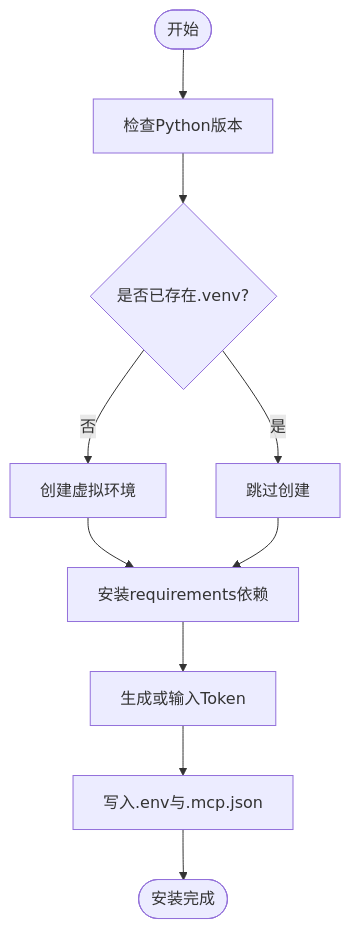
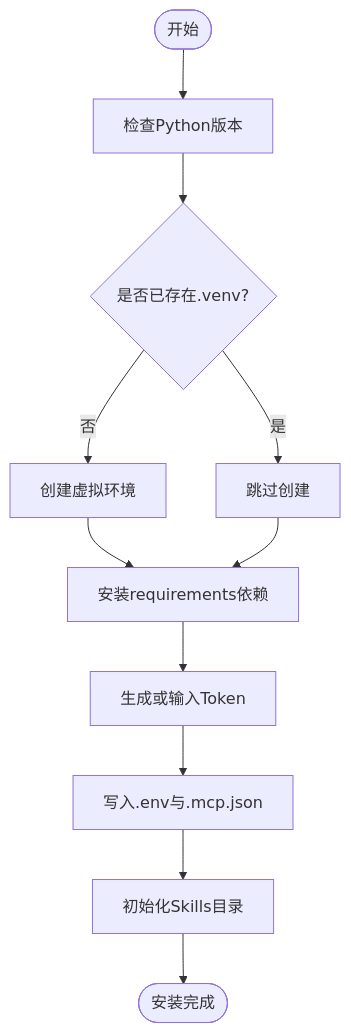
One commit to rookie-wind/web_ai changed the third of 10 diagrams in .qoder/repowiki/zh/content/开发指南/开发指南.md. Above: the diagram before and after it, drawn with Mermaid. The commit also changed other lines of this file and 117 other files, not shown here.

````diff
--- a/.qoder/repowiki/zh/content/开发指南/开发指南.md
+++ b/.qoder/repowiki/zh/content/开发指南/开发指南.md
@@ -115,12 +139,13 @@
 ```mermaid
 flowchart TD
 Start(["开始"]) --> CheckPython["检查Python版本"]
 CheckPython --> CreateVenv{"是否已存在.venv?"}
 CreateVenv --> |否| MakeVenv["创建虚拟环境"]
 CreateVenv --> |是| SkipVenv["跳过创建"]
 MakeVenv --> InstallDeps["安装requirements依赖"]
 SkipVenv --> InstallDeps
 InstallDeps --> GenToken["生成或输入Token"]
 GenToken --> WriteEnv["写入.env与.mcp.json"]
-WriteEnv --> Done(["安装完成"])
+WriteEnv --> SetupSkills["初始化Skills目录"]
+SetupSkills --> Done(["安装完成"])
 ```
````
